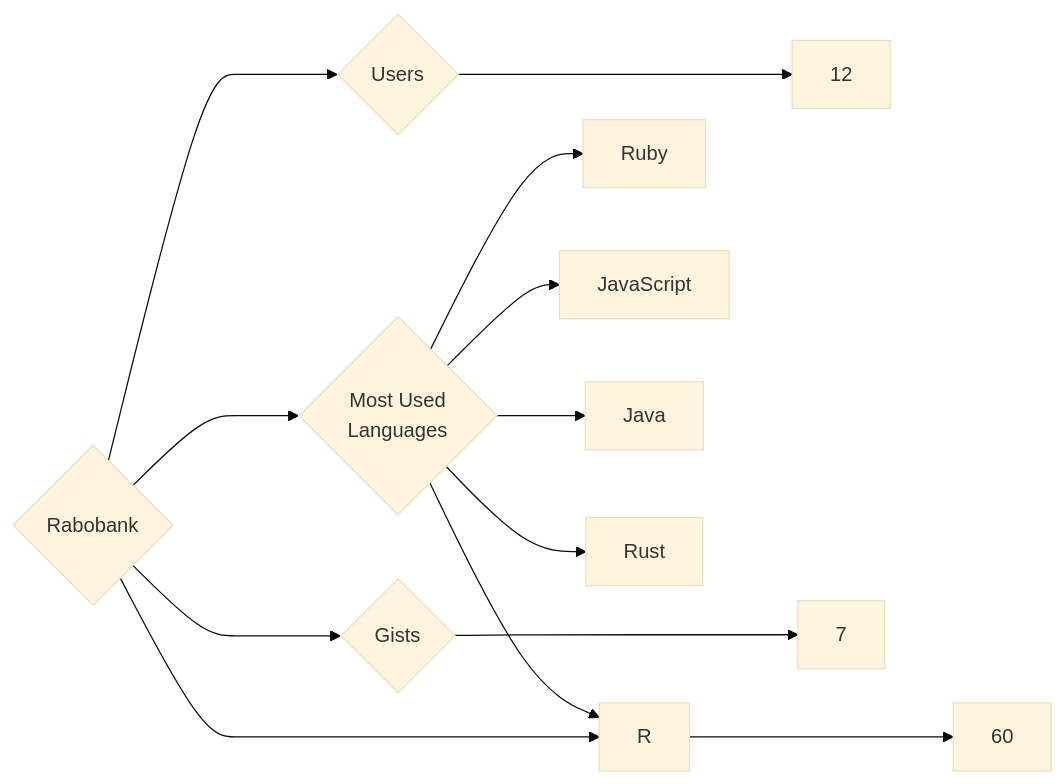
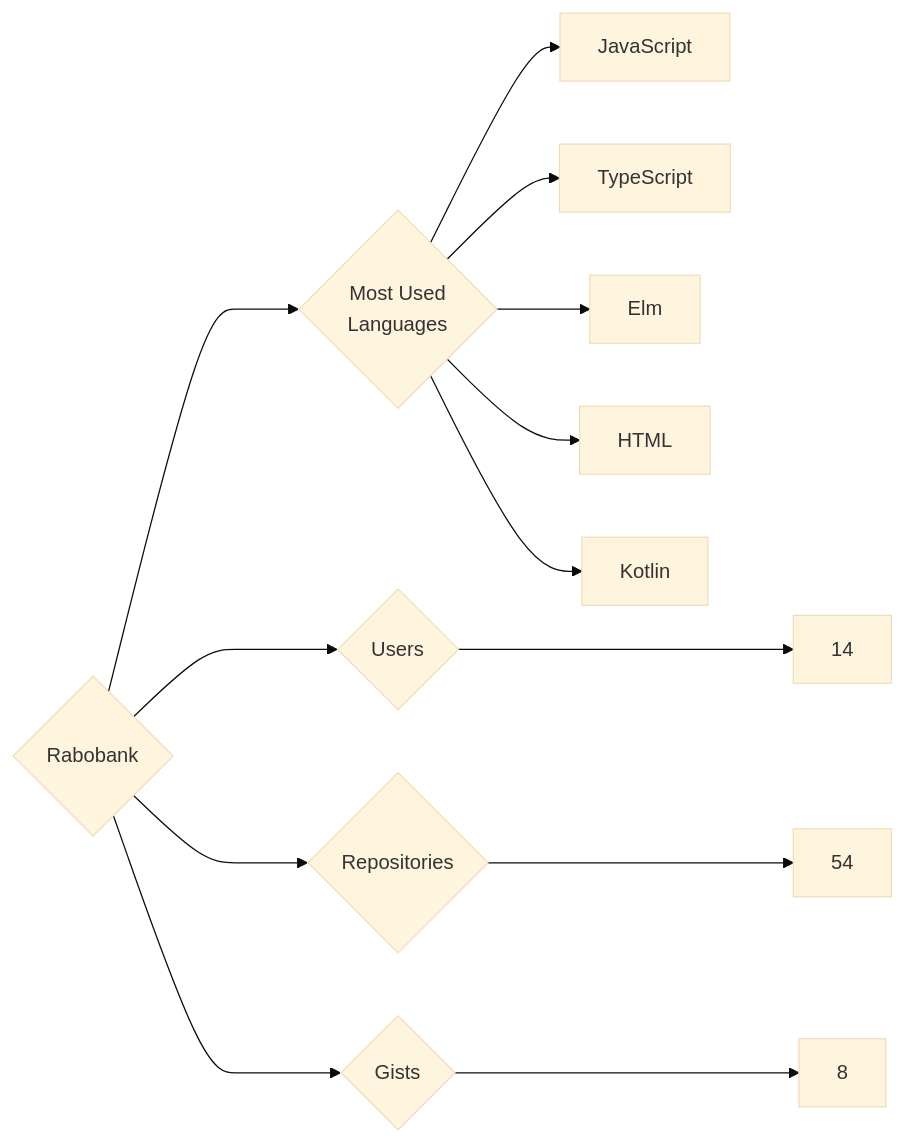
One commit to trickest/insiders changed the diagram in targets/Rabobank/README.md. Above: the diagram before and after it, drawn with Mermaid (base theme). The commit also changed 695 other files, not shown here.

````diff
--- a/targets/Rabobank/README.md
+++ b/targets/Rabobank/README.md
@@ -3,13 +3,13 @@
 ```mermaid
 graph LR
 COMPANY_NAME{Rabobank}
-COMPANY_NAME ---> U{Users} ---> UN[12]
-COMPANY_NAME ---> R{Repositories} ---> RN[60]
-COMPANY_NAME ---> G{Gists} ---> GN[7]
+COMPANY_NAME ---> U{Users} ---> UN[14]
+COMPANY_NAME ---> R{Repositories} ---> RN[54]
+COMPANY_NAME ---> G{Gists} ---> GN[8]
 COMPANY_NAME ---> ML{Most Used<br>Languages}
-ML --> Ruby[Ruby]
-ML --> R[R]
 ML --> JavaScript[JavaScript]
-ML --> Java[Java]
-ML --> Rust[Rust]
+ML --> TypeScript[TypeScript]
+ML --> Elm[Elm]
+ML --> HTML[HTML]
+ML --> Kotlin[Kotlin]
 ```
````
